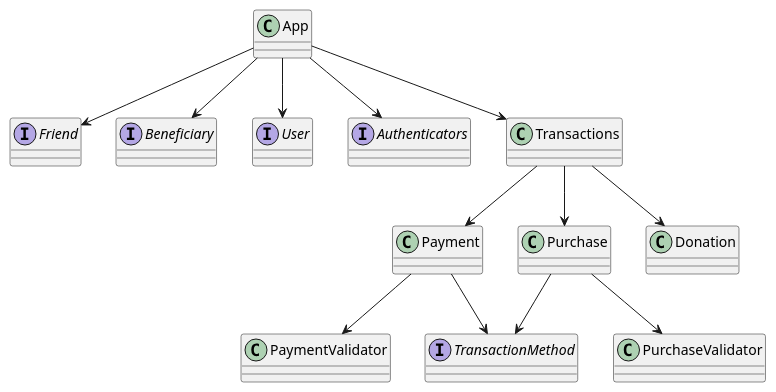
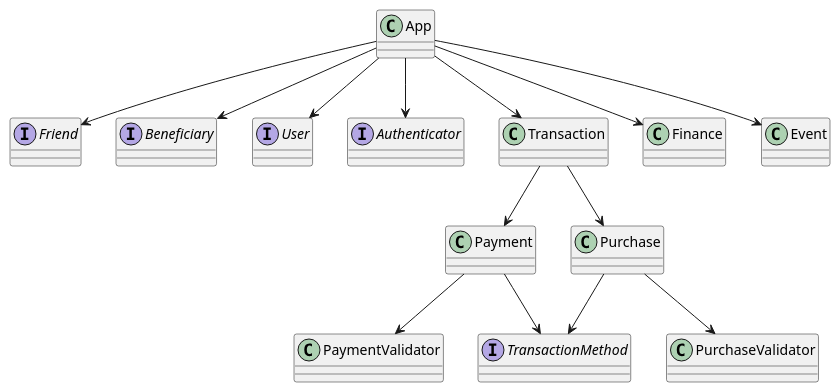
The diagram in app.puml (tomasshiao/75.71-Seminario-Ing-Inf-I), drawn with PlantUML before and after one commit.

Commit message:
update diagrama de app

```diff
--- a/app.puml
+++ b/app.puml
@@ -1,36 +1,43 @@
 @startuml
 interface Friend{}
 interface Beneficiary{}
 interface User{}
 
 class App{}
 
 App --> User
 App --> Beneficiary
 App --> Friend
 
-interface Authenticators{}
-App --> Authenticators
+interface Authenticator{}
+App --> Authenticator
 
 
 
-class Transactions{}
-App --> Transactions
-Transactions --> Payment
-Transactions --> Purchase
+class Transaction{}
+App --> Transaction
+Transaction --> Payment
+Transaction --> Purchase
 
 interface TransactionMethod{}
 
 class Payment{}
 Payment --> TransactionMethod
 class PaymentValidator{}
 Payment --> PaymentValidator
 
 class Purchase{}
 class PurchaseValidator{}
 Purchase --> PurchaseValidator
 Purchase --> TransactionMethod
 
-class Donation{}
-Transactions --> Donation
+
+
+class Finance{}
+App --> Finance
+
+
+class Event{}
+App --> Event
+
 @enduml
```
